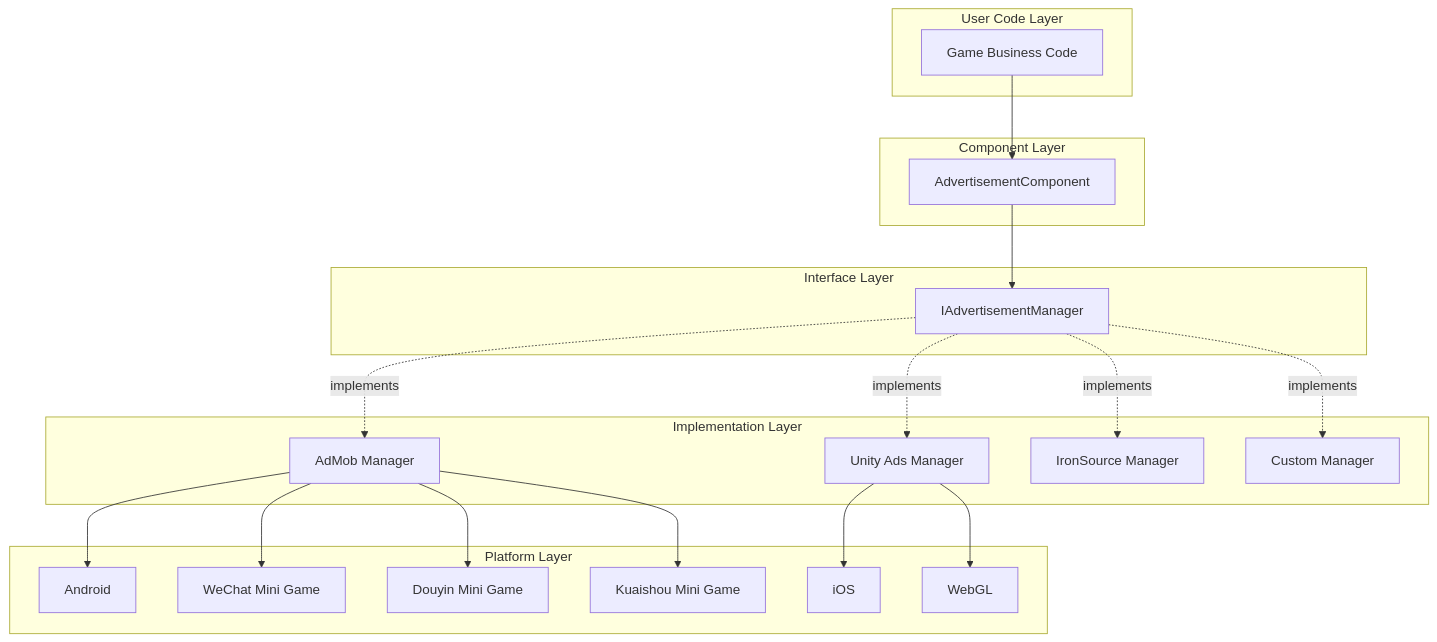
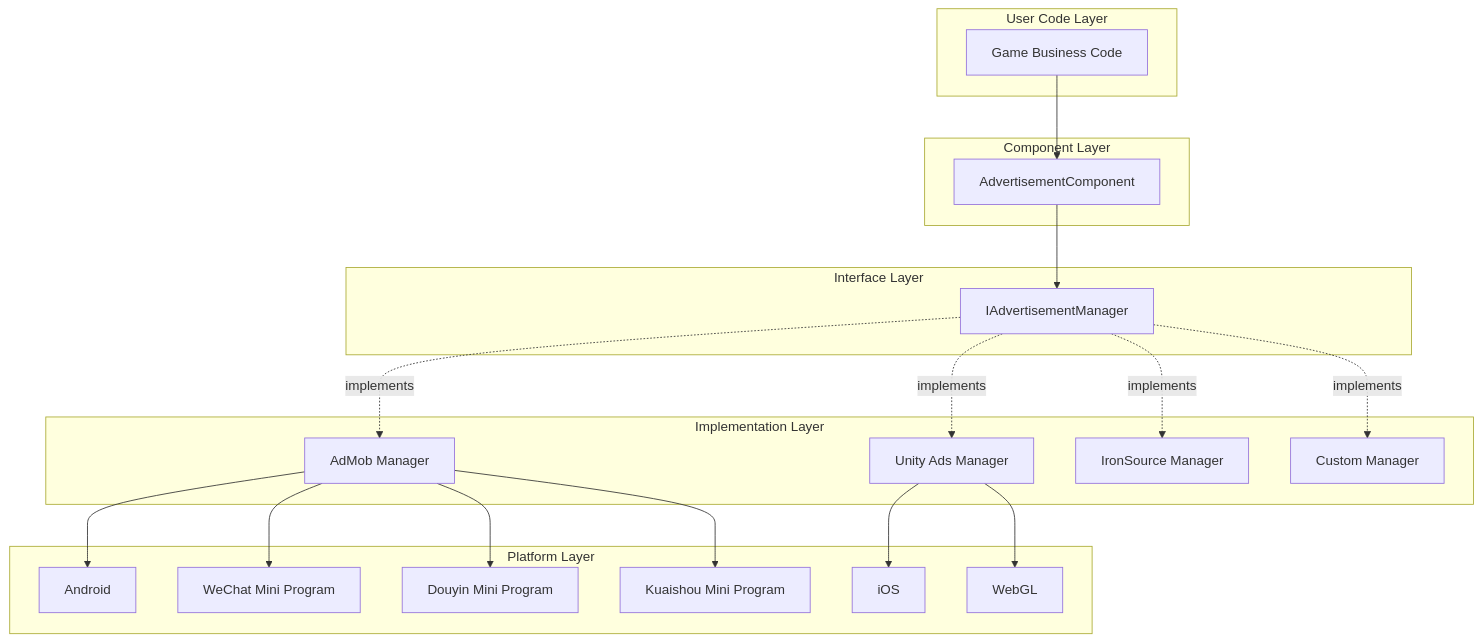
The first of 2 diagrams in docs/en/client/unity/component/advertisement/01.overview.md (AlianBlank/GameFrameX.Docs), drawn with Mermaid before and after one commit. The commit also changed other lines of this file and 148 other files, not shown here.

````diff
--- a/docs/en/client/unity/component/advertisement/01.overview.md
+++ b/docs/en/client/unity/component/advertisement/01.overview.md
@@ -15,43 +15,43 @@
 ```mermaid
 graph TD
     subgraph UserLayer["User Code Layer"]
         GameCode["Game Business Code"]
     end
 
     subgraph ComponentLayer["Component Layer"]
         AdComponent["AdvertisementComponent"]
     end
 
     subgraph InterfaceLayer["Interface Layer"]
         AdManager["IAdvertisementManager"]
     end
 
     subgraph ImplementationLayer["Implementation Layer"]
         AdMobManager["AdMob Manager"]
         UnityAdsManager["Unity Ads Manager"]
         IronSourceManager["IronSource Manager"]
         CustomManager["Custom Manager"]
     end
 
     subgraph PlatformLayer["Platform Layer"]
         Android["Android"]
         iOS["iOS"]
         WebGL["WebGL"]
-        WeChat["WeChat Mini Game"]
-        DouYin["Douyin Mini Game"]
-        KuaiShou["Kuaishou Mini Game"]
+        WeChat["WeChat Mini Program"]
+        DouYin["Douyin Mini Program"]
+        KuaiShou["Kuaishou Mini Program"]
     end
 
     GameCode --> AdComponent
     AdComponent --> AdManager
     AdManager -.->|implements| AdMobManager
     AdManager -.->|implements| UnityAdsManager
     AdManager -.->|implements| IronSourceManager
     AdManager -.->|implements| CustomManager
     AdMobManager --> Android
     UnityAdsManager --> iOS
     UnityAdsManager --> WebGL
     AdMobManager --> WeChat
     AdMobManager --> DouYin
     AdMobManager --> KuaiShou
 ```
````
